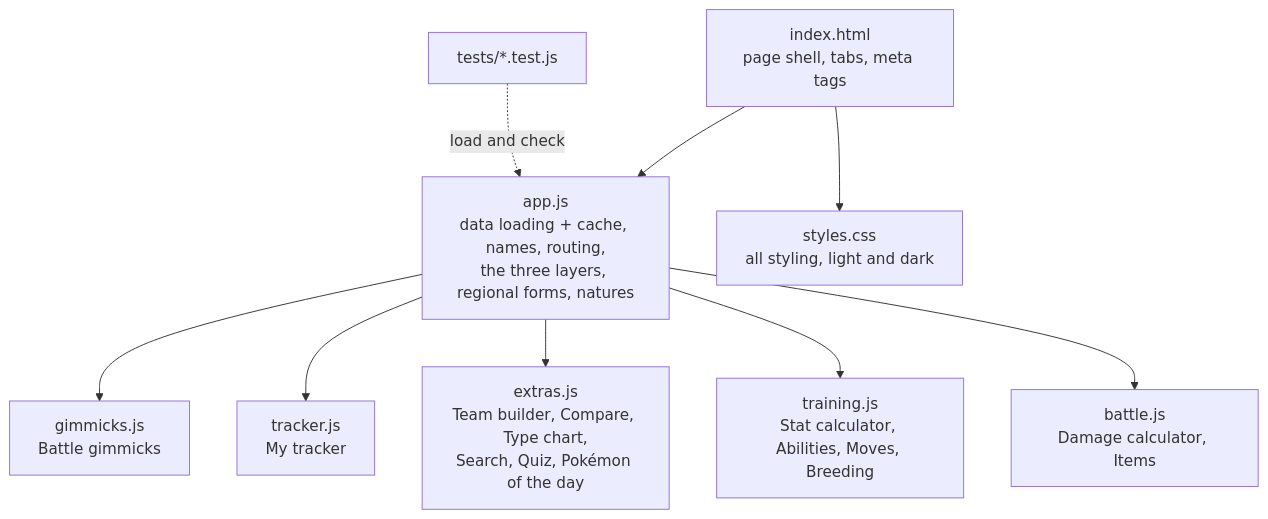
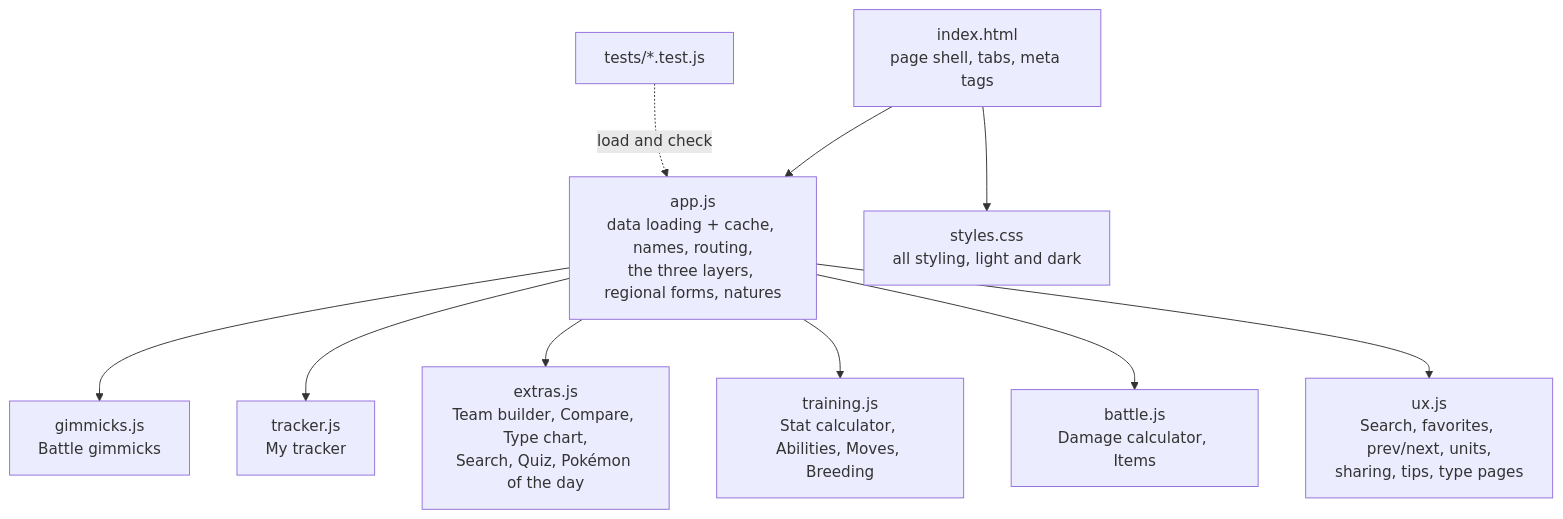
One commit to igardner2150/Pok-Explorer changed the second of 3 diagrams in architecture.md. Above: the diagram before and after it, drawn with Mermaid. The commit also changed other lines of this file, not shown here.

First line of the commit message:
Update architecture.md with ux.js details

````diff
--- a/architecture.md
+++ b/architecture.md
@@ -29,12 +29,13 @@
 ```mermaid
 flowchart TD
     HTML["index.html<br/>page shell, tabs, meta tags"] --> APP
     HTML --> CSS["styles.css<br/>all styling, light and dark"]
     APP["app.js<br/>data loading + cache, names, routing,<br/>the three layers, regional forms, natures"]
     APP --> GIM["gimmicks.js<br/>Battle gimmicks"]
     APP --> TRK["tracker.js<br/>My tracker"]
     APP --> EXT["extras.js<br/>Team builder, Compare, Type chart,<br/>Search, Quiz, Pokémon of the day"]
     APP --> TRN["training.js<br/>Stat calculator, Abilities, Moves, Breeding"]
     APP --> BAT["battle.js<br/>Damage calculator, Items"]
+    APP --> UX["ux.js<br/>Search, favorites, prev/next, units,<br/>sharing, tips, type pages"]
     TESTS["tests/*.test.js"] -. "load and check" .-> APP
 ```
````
